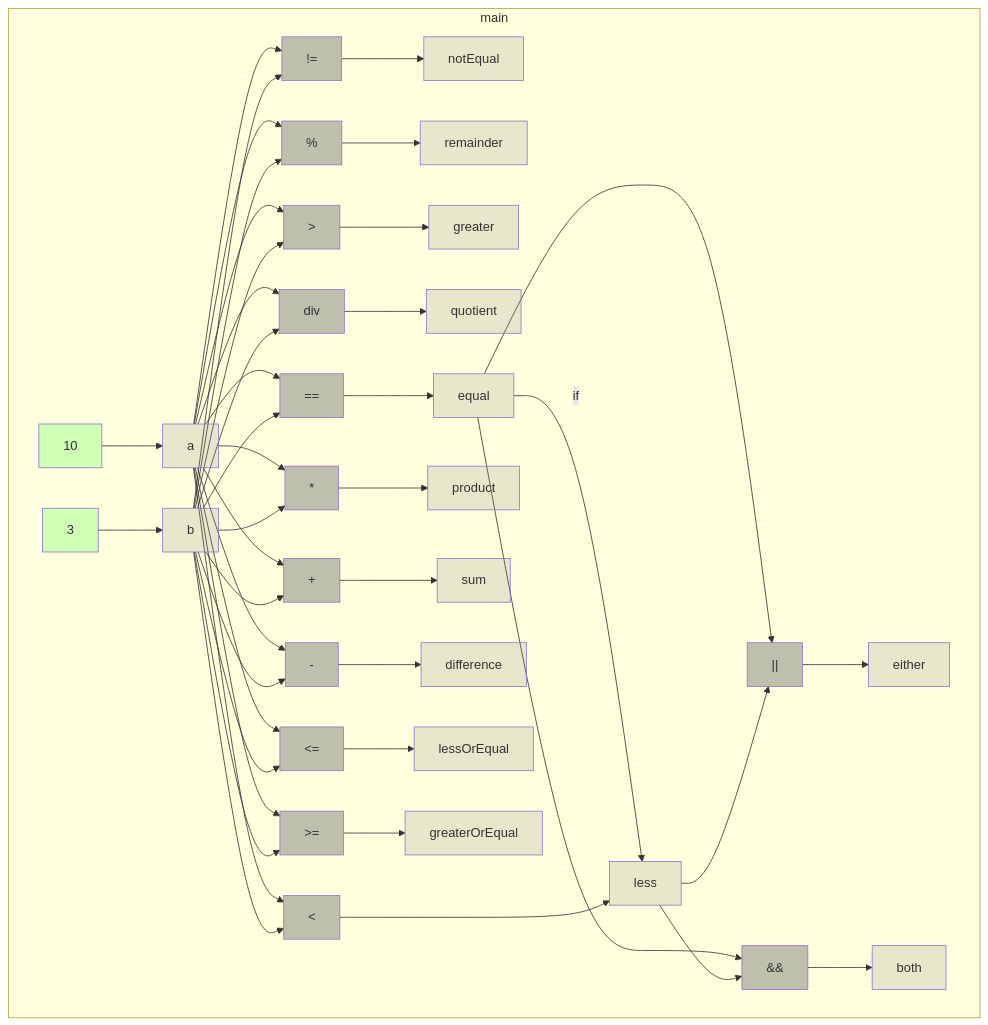
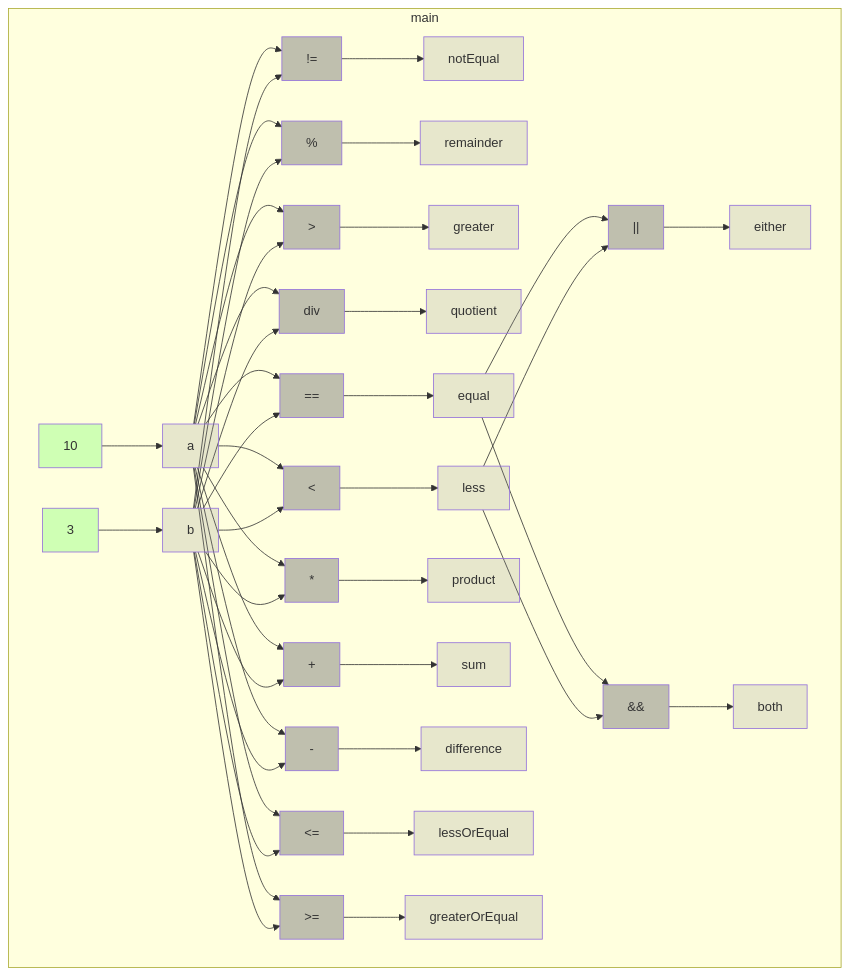
One commit to gstiebler/codeflow changed the diagram in app/src/test/resources/operators/spike-truth.md. Above: the diagram before and after it, drawn with Mermaid. The commit also changed 21 other files, not shown here.

```diff
--- a/app/src/test/resources/operators/spike-truth.md
+++ b/app/src/test/resources/operators/spike-truth.md
@@ -66,7 +66,6 @@
   n2 --> n17
   n20 --> n12
   n20 --> n2
-  n20 -->|if| n23
   n23 --> n12
   n23 --> n2
   n3 --> n26
```
